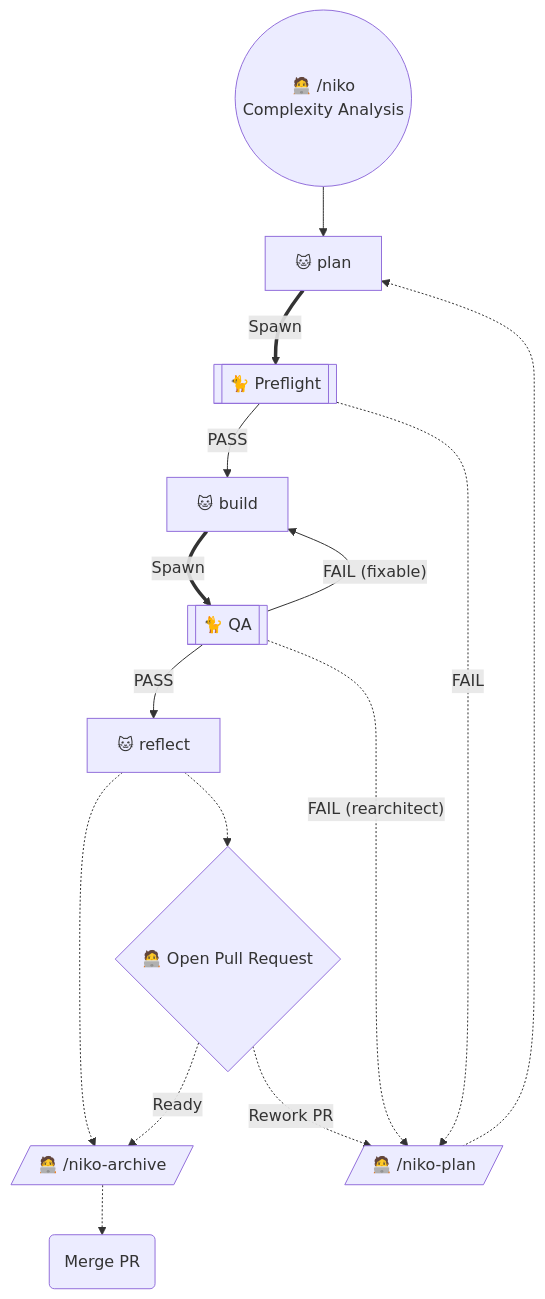
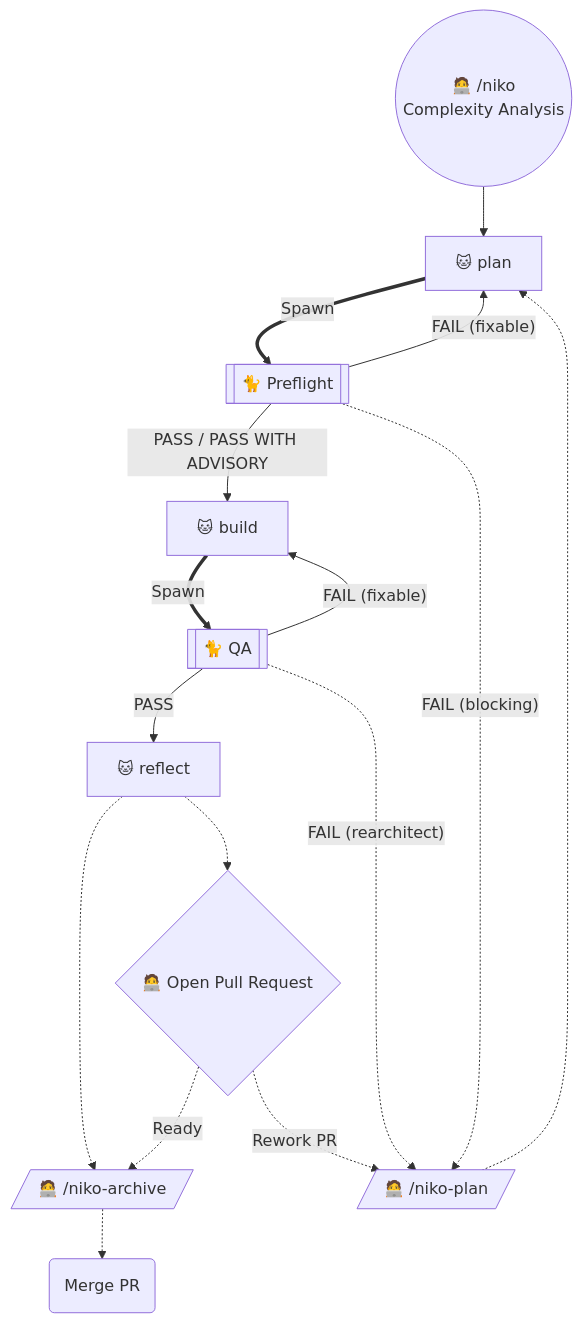
The fourth of 6 diagrams in rulesets/niko/README.md (Texarkanine/.cursor-rules), drawn with Mermaid before and after one commit. The commit also changed other lines of this file and 9 other files, not shown here.

Commit message:
feat(niko): four-way Preflight results and change-detector strike [#114] (#115)

````diff
--- a/rulesets/niko/README.md
+++ b/rulesets/niko/README.md
@@ -168,24 +176,34 @@
 ```mermaid
 flowchart TD
-	Start(("🧑‍💻 /niko<br>Complexity Analysis")) --> NikoPlan["🐱 plan"]
-	NikoPlan ==Spawn==> NikoPreflight[["🐈 Preflight"]]
-	NikoPreflight -->|"PASS"| NikoBuild["🐱 build"]
-	NikoPreflight -.->|"FAIL"| ManualPlan[/"🧑‍💻 /niko-plan"/]
+	Start(("🧑‍💻 /niko<br>Complexity Analysis"))
+    NikoPlan["🐱 plan"]
+    NikoPreflight[["🐈 Preflight"]]
+    NikoBuild["🐱 build"]
+    ManualPlan[/"🧑‍💻 /niko-plan"/]
+    NikoQA[["🐈 QA"]]
+    NikoReflect["🐱 reflect"]
+    ManualArchive[/"🧑‍💻 /niko-archive"/]
+    PR{"🧑‍💻 Open Pull Request"}
+    MergePR("Merge PR")
 
-	NikoBuild ==Spawn==> NikoQA[["🐈 QA"]]
-	NikoQA -->|"PASS"| NikoReflect["🐱 reflect"]
-	NikoReflect -.-> ManualArchive[/"🧑‍💻 /niko-archive"/]
+    Start --> NikoPlan
+	NikoPreflight -->|"FAIL (fixable)"| NikoPlan
+    NikoPlan ==Spawn==> NikoPreflight
+	NikoPreflight -->|"PASS / PASS WITH ADVISORY"| NikoBuild
+	NikoPreflight -.->|"FAIL (blocking)"| ManualPlan
+
+	NikoBuild ==Spawn==> NikoQA
+	NikoQA -->|"PASS"| NikoReflect
+	NikoReflect -.-> ManualArchive
 	NikoQA -->|"FAIL (fixable)"| NikoBuild
 	NikoQA -.->|"FAIL (rearchitect)"| ManualPlan
 
 	ManualPlan -.-> NikoPlan
-
-	PR{"🧑‍💻 Open Pull Request"}
 
 	NikoReflect -.-> PR
 
 	PR -."Ready".-> ManualArchive
 	PR -."Rework PR".-> ManualPlan
 
-	ManualArchive -.-> MergePR("Merge PR")
+	ManualArchive -.-> MergePR
 ```
````
